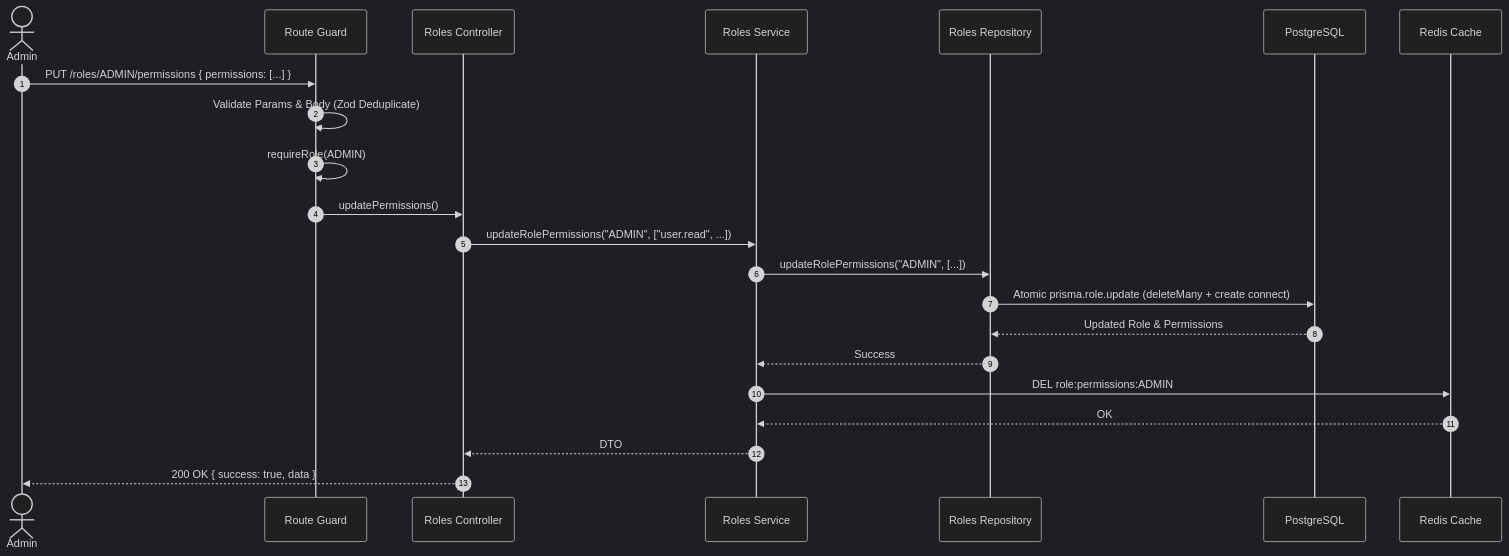
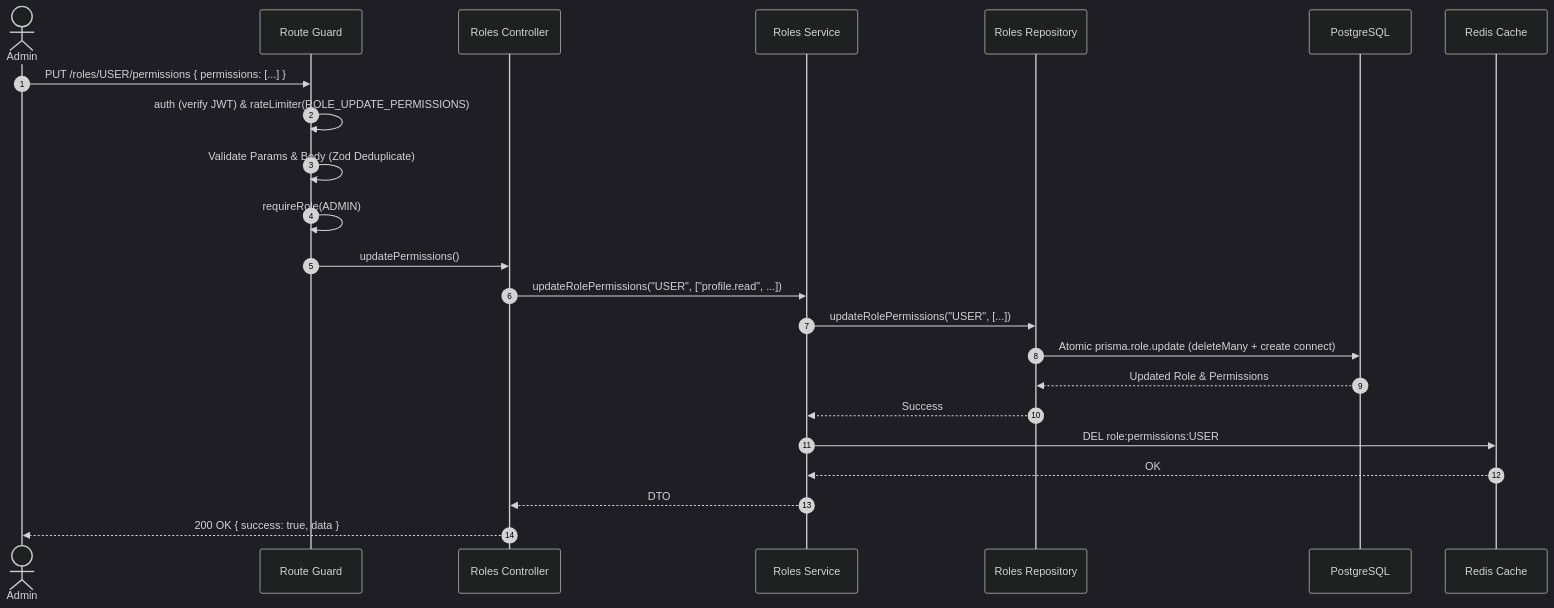
The fifth of 7 diagrams in docs/ARCHITECTURE.md (utkarshj014/authsphere), drawn with Mermaid (dark theme) before and after one commit. The commit also changed other lines of this file and 3 other files, not shown here.

````diff
--- a/docs/ARCHITECTURE.md
+++ b/docs/ARCHITECTURE.md
@@ -278,25 +284,26 @@
 ```mermaid
 sequenceDiagram
     autonumber
     actor Admin
     participant Route as Route Guard
     participant Controller as Roles Controller
     participant Service as Roles Service
     participant Repo as Roles Repository
     participant DB as PostgreSQL
     participant Redis as Redis Cache
 
-    Admin->>Route: PUT /roles/ADMIN/permissions { permissions: [...] }
+    Admin->>Route: PUT /roles/USER/permissions { permissions: [...] }
+    Route->>Route: auth (verify JWT) & rateLimiter(ROLE_UPDATE_PERMISSIONS)
     Route->>Route: Validate Params & Body (Zod Deduplicate)
     Route->>Route: requireRole(ADMIN)
     Route->>Controller: updatePermissions()
-    Controller->>Service: updateRolePermissions("ADMIN", ["user.read", ...])
-    Service->>Repo: updateRolePermissions("ADMIN", [...])
+    Controller->>Service: updateRolePermissions("USER", ["profile.read", ...])
+    Service->>Repo: updateRolePermissions("USER", [...])
     Repo->>DB: Atomic prisma.role.update (deleteMany + create connect)
     DB-->>Repo: Updated Role & Permissions
     Repo-->>Service: Success
-    Service->>Redis: DEL role:permissions:ADMIN
+    Service->>Redis: DEL role:permissions:USER
     Redis-->>Service: OK
     Service-->>Controller: DTO
     Controller-->>Admin: 200 OK { success: true, data }
 ```
````
